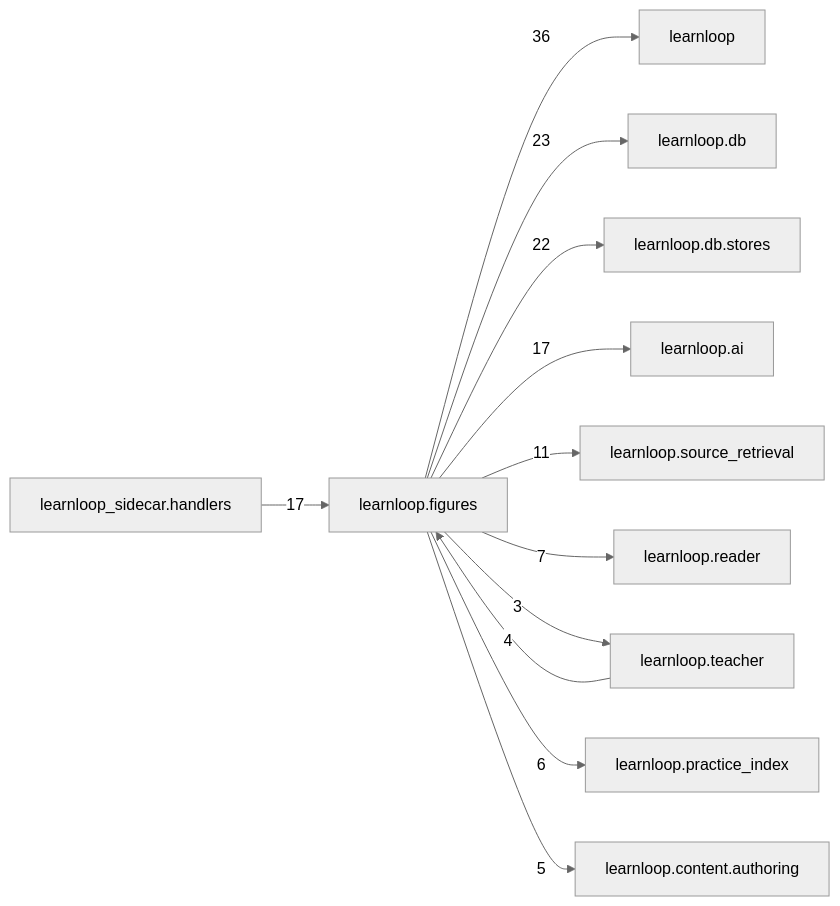
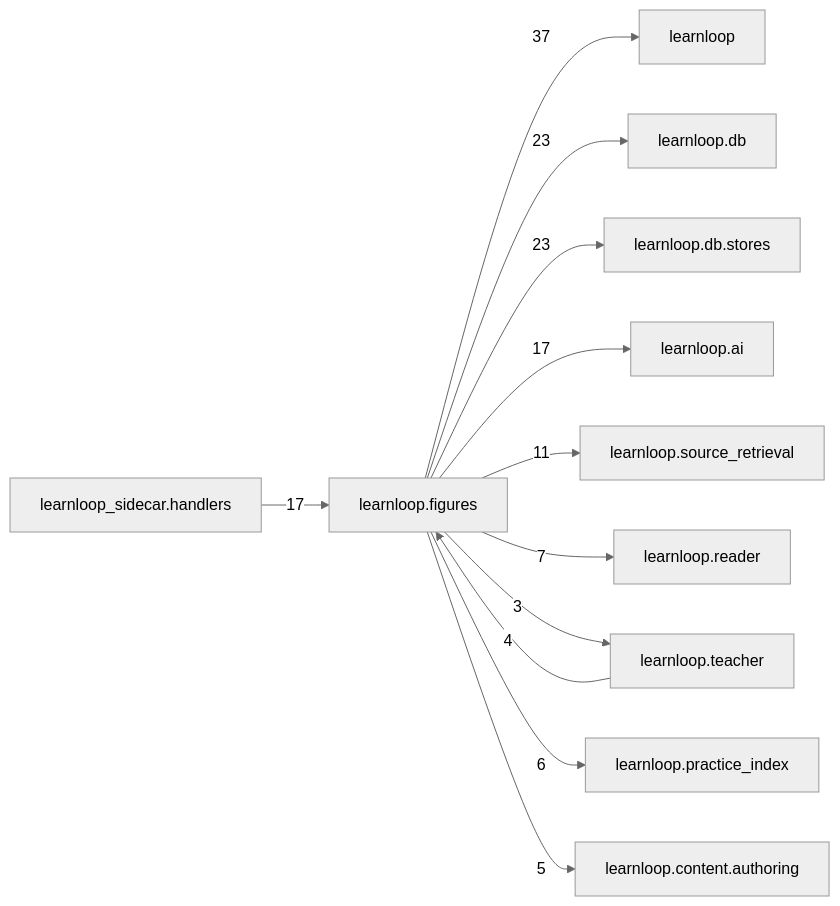
One commit to 6up-b/learnanything changed the diagram in docs/learnloop-architecture-vault/Reference/Modules/learnloop/figures/_package.md. Above: the diagram before and after it, drawn with Mermaid (neutral theme). The commit also changed other lines of this file and 90 other files, not shown here.

````diff
--- a/docs/learnloop-architecture-vault/Reference/Modules/learnloop/figures/_package.md
+++ b/docs/learnloop-architecture-vault/Reference/Modules/learnloop/figures/_package.md
@@ -145,25 +147,25 @@
 ```mermaid
 flowchart LR
     center["learnloop.figures"]
     n_learnloop["learnloop"]
     n_learnloop_db["learnloop.db"]
     n_learnloop_db_stores["learnloop.db.stores"]
     n_learnloop_ai["learnloop.ai"]
     n_learnloop_sidecar_handlers["learnloop_sidecar.handlers"]
     n_learnloop_source_retrieval["learnloop.source_retrieval"]
     n_learnloop_reader["learnloop.reader"]
     n_learnloop_teacher["learnloop.teacher"]
     n_learnloop_practice_index["learnloop.practice_index"]
     n_learnloop_content_authoring["learnloop.content.authoring"]
-    center -->|36| n_learnloop
+    center -->|37| n_learnloop
     center -->|23| n_learnloop_db
-    center -->|22| n_learnloop_db_stores
+    center -->|23| n_learnloop_db_stores
     center -->|17| n_learnloop_ai
     n_learnloop_sidecar_handlers -->|17| center
     center -->|11| n_learnloop_source_retrieval
     center -->|7| n_learnloop_reader
     n_learnloop_teacher -->|4| center
     center -->|3| n_learnloop_teacher
     center -->|6| n_learnloop_practice_index
     center -->|5| n_learnloop_content_authoring
 ```
````
